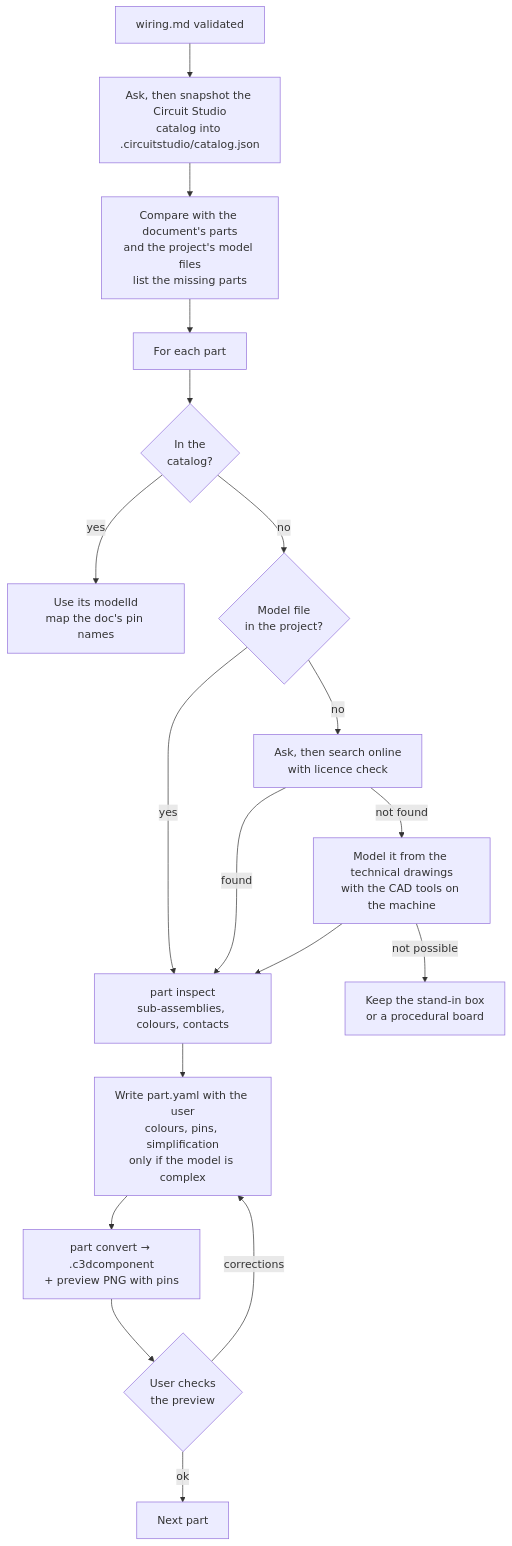
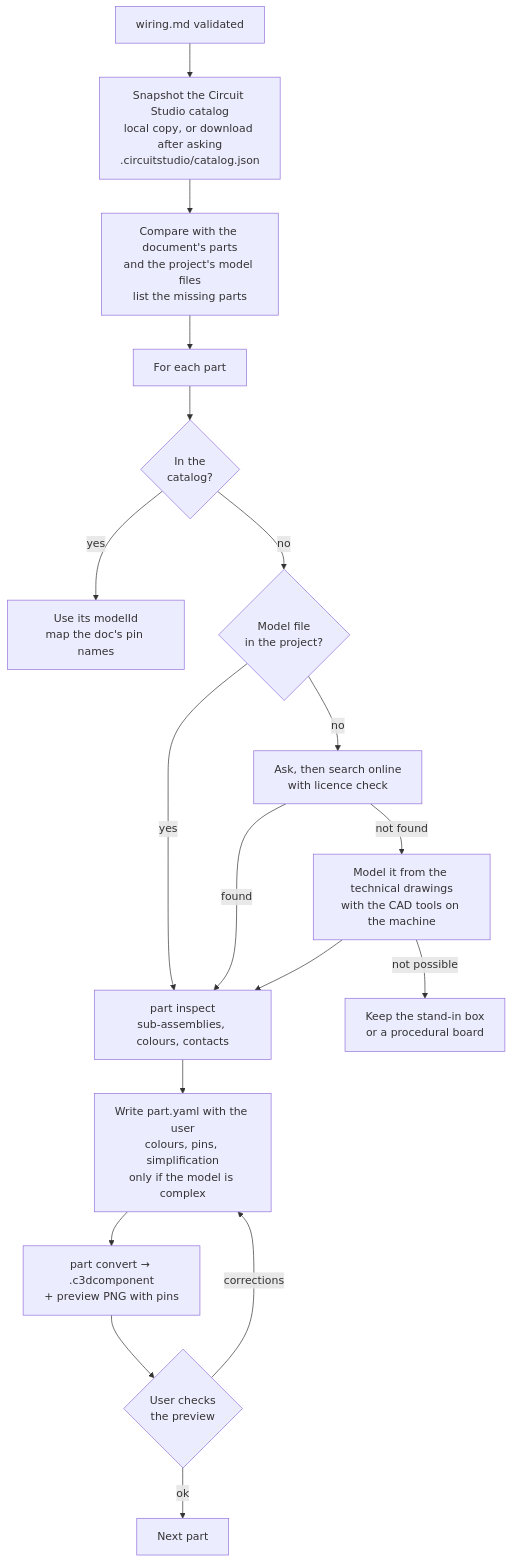
Before and after one commit to docteurzoidberg/circuit-studio-agent-kit: the diagram in docs/user-guide/skills/wiring-parts.md, drawn with Mermaid. The commit also changed other lines of this file and 5 other files, not shown here.

First line of the commit message:
Snapshot the Circuit Studio catalog from its sources

````diff
--- a/docs/user-guide/skills/wiring-parts.md
+++ b/docs/user-guide/skills/wiring-parts.md
@@ -19,20 +20,20 @@
 ```mermaid
 flowchart TD
-  W[wiring.md validated] --> SN[Ask, then snapshot the Circuit Studio<br/>catalog into .circuitstudio/catalog.json]
+  W[wiring.md validated] --> SN[Snapshot the Circuit Studio catalog<br/>local copy, or download after asking<br/>.circuitstudio/catalog.json]
   SN --> M[Compare with the document's parts<br/>and the project's model files<br/>list the missing parts]
   M --> L[For each part]
   L --> C{In the<br/>catalog?}
   C -- yes --> CM[Use its modelId<br/>map the doc's pin names]
   C -- no --> F{Model file<br/>in the project?}
   F -- yes --> I[part inspect<br/>sub-assemblies, colours, contacts]
   F -- no --> S[Ask, then search online<br/>with licence check]
   S -- not found --> K[Model it from the technical drawings<br/>with the CAD tools on the machine]
   K -- not possible --> B[Keep the stand-in box<br/>or a procedural board]
   S -- found --> I
   K --> I
   I --> SP[Write part.yaml with the user<br/>colours, pins, simplification<br/>only if the model is complex]
   SP --> V[part convert → .c3dcomponent<br/>+ preview PNG with pins]
   V --> R{User checks<br/>the preview}
   R -- corrections --> SP
   R -- ok --> N[Next part]
 ```
````
